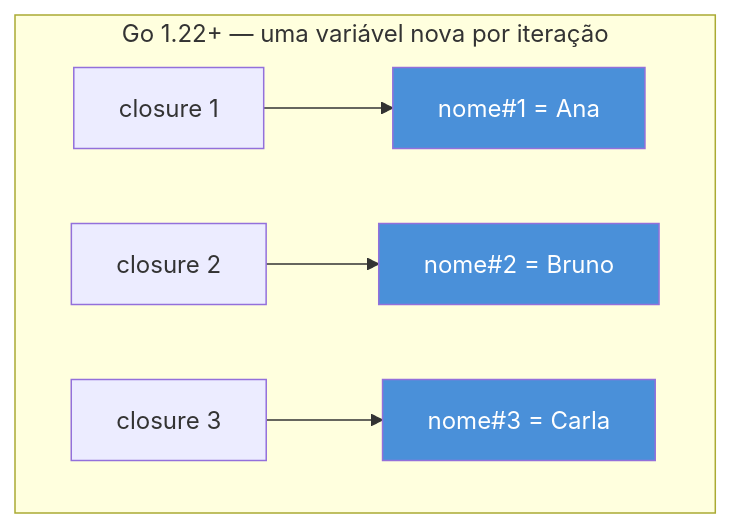
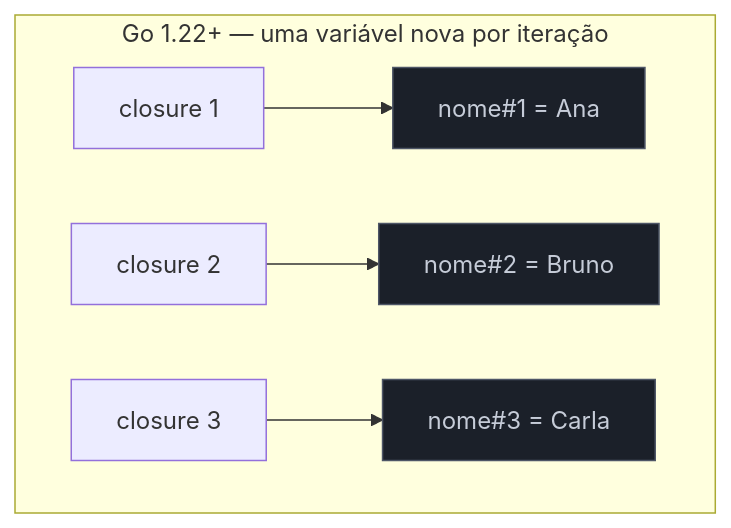
The third of 3 diagrams in 03-Dominios/Tecnologia/Go/07 - Goroutines e o scheduler/07 - Armadilhas — leaks e loop var.md (josenaldo/codex-technomanticus), drawn with Mermaid before and after one commit. The commit also changed other lines of this file and 1181 other files, not shown here.

First line of the commit message:
fix(diagramas): paleta do sistema no lugar de cor cravada no markdown

````diff
--- a/03-Dominios/Tecnologia/Go/07 - Goroutines e o scheduler/07 - Armadilhas — leaks e loop var.md
+++ b/03-Dominios/Tecnologia/Go/07 - Goroutines e o scheduler/07 - Armadilhas — leaks e loop var.md
@@ -143,16 +144,17 @@
 ```mermaid
 flowchart TB
+    classDef neutro fill:#1B2029,stroke:#4E5666,color:#C6CCD8
     subgraph POS["Go 1.22+ — uma variável nova por iteração"]
         direction LR
         V1["nome#1 = Ana"]
         V2["nome#2 = Bruno"]
         V3["nome#3 = Carla"]
         G1b["closure 1"] --> V1
         G2b["closure 2"] --> V2
         G3b["closure 3"] --> V3
     end
 
-    style V1 fill:#4A90D9,color:#fff
-    style V2 fill:#4A90D9,color:#fff
-    style V3 fill:#4A90D9,color:#fff
+    class V1 neutro
+    class V2 neutro
+    class V3 neutro
 ```
````
